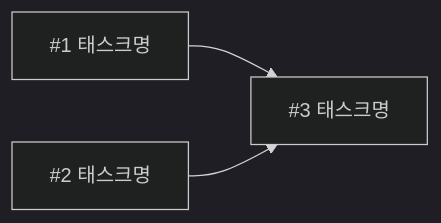
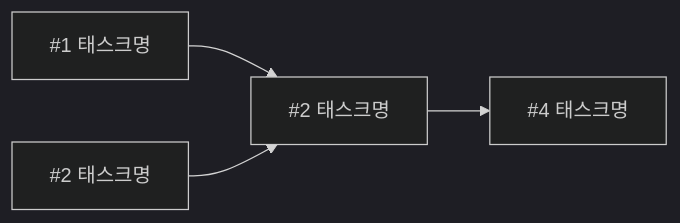
Before and after one commit to Junseok626/aix-2026f-team12: the diagram in docs/week-05.md, drawn with Mermaid (dark theme).

````diff
--- a/docs/week-05.md
+++ b/docs/week-05.md
@@ -47,5 +47,6 @@
 ```mermaid
 graph LR
   T1["#1 태스크명"] --> T3["#3 태스크명"]
   T2["#2 태스크명"] --> T3
+  T3["#2 태스크명"] --> T4["#4 태스크명"]
 ```
````
